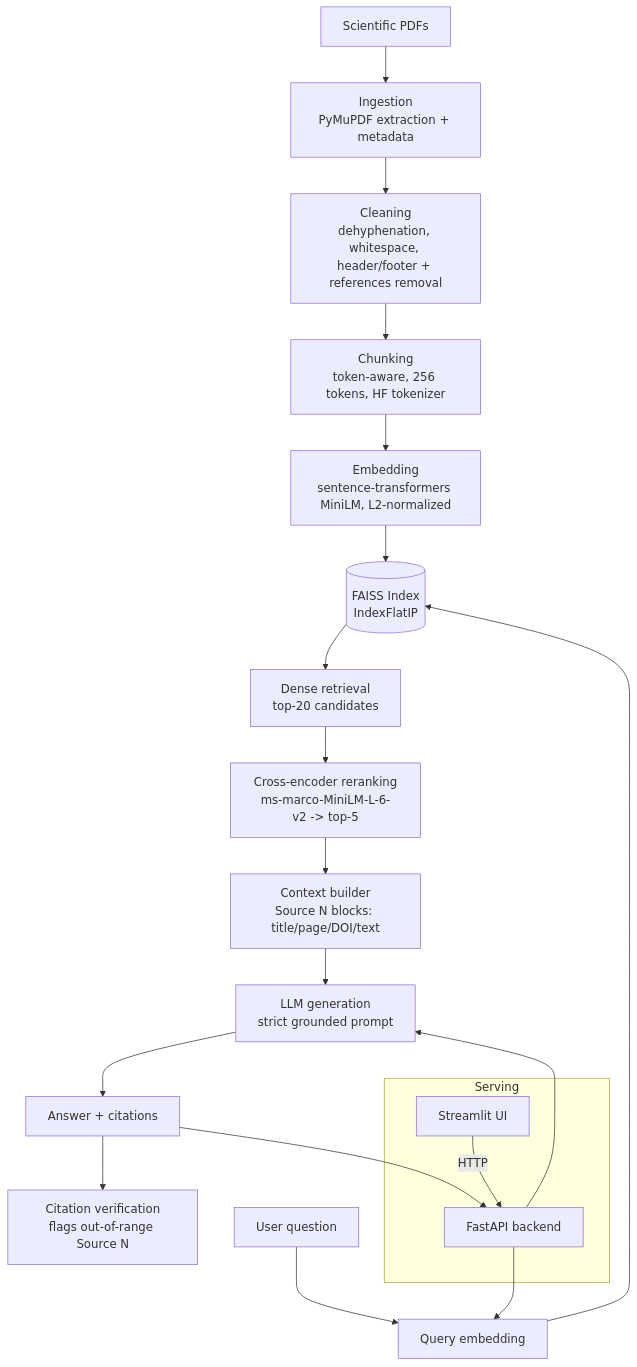
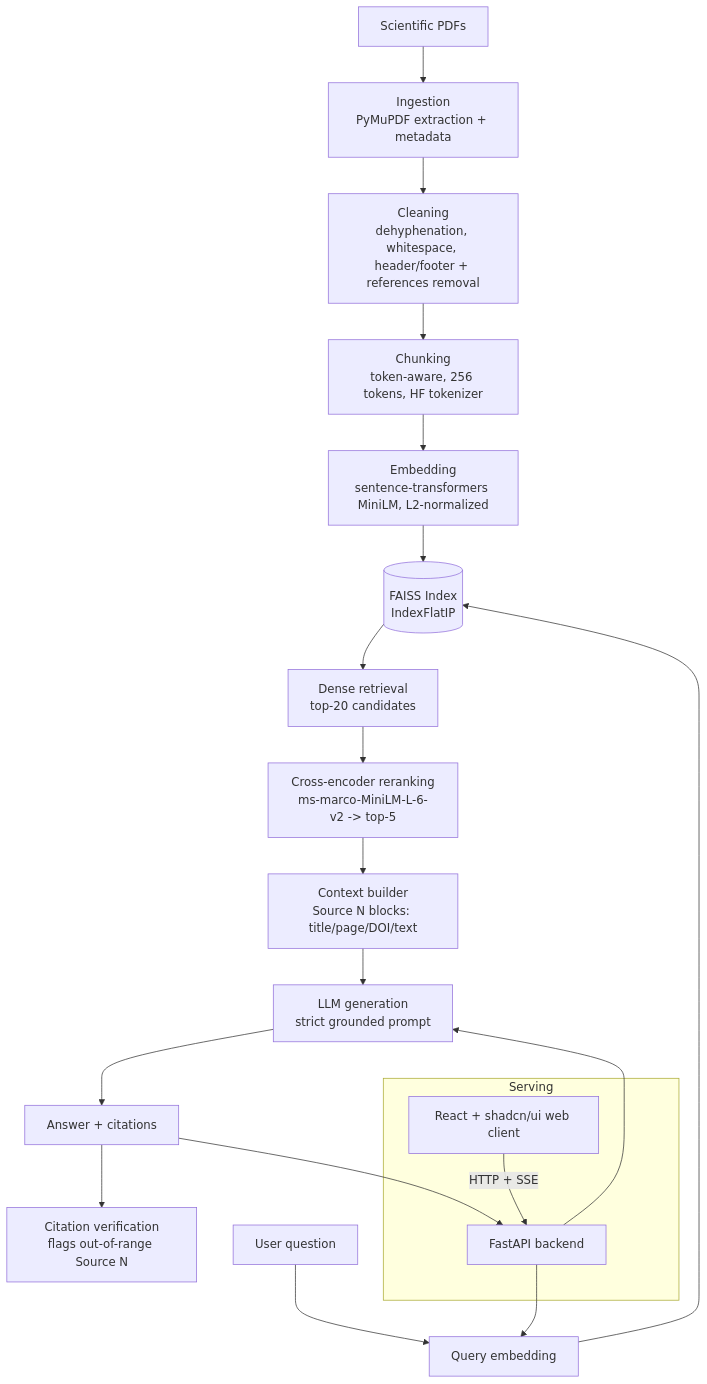
The diagram in README.md (Irathor/CardioRAG), drawn with Mermaid before and after one commit. The commit also changed other lines of this file and 45 other files, not shown here.

````diff
--- a/README.md
+++ b/README.md
@@ -30,26 +30,26 @@
 ```mermaid
 flowchart TD
     A[Scientific PDFs] --> B[Ingestion<br/>PyMuPDF extraction + metadata]
     B --> C[Cleaning<br/>dehyphenation, whitespace, header/footer + references removal]
     C --> D[Chunking<br/>token-aware, 256 tokens, HF tokenizer]
     D --> E[Embedding<br/>sentence-transformers MiniLM, L2-normalized]
     E --> F[(FAISS Index<br/>IndexFlatIP)]
 
     Q[User question] --> QE[Query embedding]
     QE --> F
     F --> R[Dense retrieval<br/>top-20 candidates]
     R --> RR[Cross-encoder reranking<br/>ms-marco-MiniLM-L-6-v2 -> top-5]
     RR --> CTX[Context builder<br/>Source N blocks: title/page/DOI/text]
     CTX --> LLM[LLM generation<br/>strict grounded prompt]
     LLM --> ANS[Answer + citations]
     ANS --> CV[Citation verification<br/>flags out-of-range Source N]
 
     subgraph Serving
         API[FastAPI backend]
-        UI[Streamlit UI]
-        UI -->|HTTP| API
+        WEB[React + shadcn/ui web client]
+        WEB -->|HTTP + SSE| API
     end
     API --> QE
     API --> LLM
     ANS --> API
 ```
````
